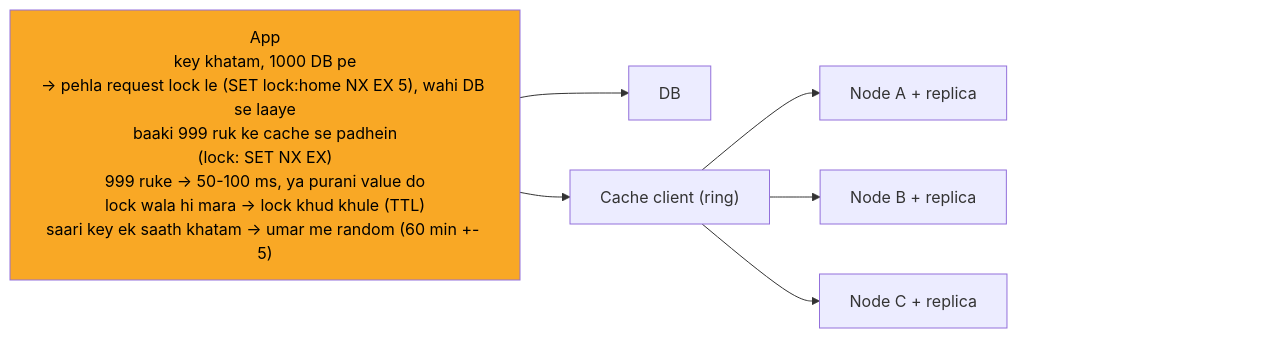
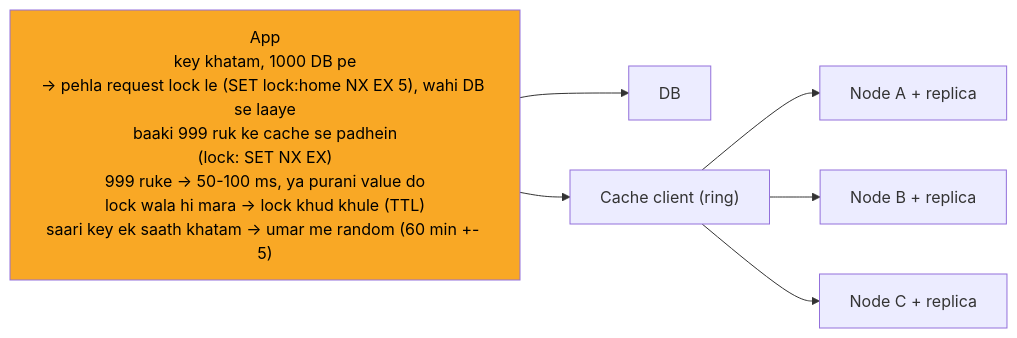
Before and after one commit to ArpanMaheshwari144/Prep: the sixth of 8 diagrams in 04_HLD/SYSTEM_DESIGNS/10_distributed_cache/10_distributed_cache.md, drawn with Mermaid. The commit also changed other lines of this file and 182 other files, not shown here.

Commit message:
hld 14 file: har diagram mermaid-cli se SVG image (source details me), n_pad hataya, render tool 04_HLD/tools

````diff
--- a/04_HLD/SYSTEM_DESIGNS/10_distributed_cache/10_distributed_cache.md
+++ b/04_HLD/SYSTEM_DESIGNS/10_distributed_cache/10_distributed_cache.md
@@ -274,19 +298,16 @@
 ```mermaid
 %%{init: {"flowchart": {"wrappingWidth": 450}}}%%
 flowchart LR
     n_App["App<br/>key khatam, 1000 DB pe<br/>-> pehla request lock le (SET lock:home NX EX 5), wahi DB se laaye<br/>baaki 999 ruk ke cache se padhein<br/>(lock: SET NX EX)<br/>999 ruke -> 50-100 ms, ya purani value do<br/>lock wala hi mara -> lock khud khule (TTL)<br/>saari key ek saath khatam -> umar me random (60 min +- 5)"]
     n_DB["DB"]
     n_Cache_client["Cache client (ring)"]
     n_Node_A_replica["Node A + replica"]
     n_Node_B_replica["Node B + replica"]
     n_Node_C_replica["Node C + replica"]
     n_App --> n_DB
     n_App --> n_Cache_client
     n_Cache_client --> n_Node_A_replica
     n_Cache_client --> n_Node_B_replica
     n_Cache_client --> n_Node_C_replica
-    n_pad["xxxxxxxxxxxxxxxx"]
-    n_Node_C_replica ~~~ n_pad
     style n_App fill:#f9a825,color:#000
-    style n_pad fill:none,stroke:none,color:#ffffff00
 ```
````
